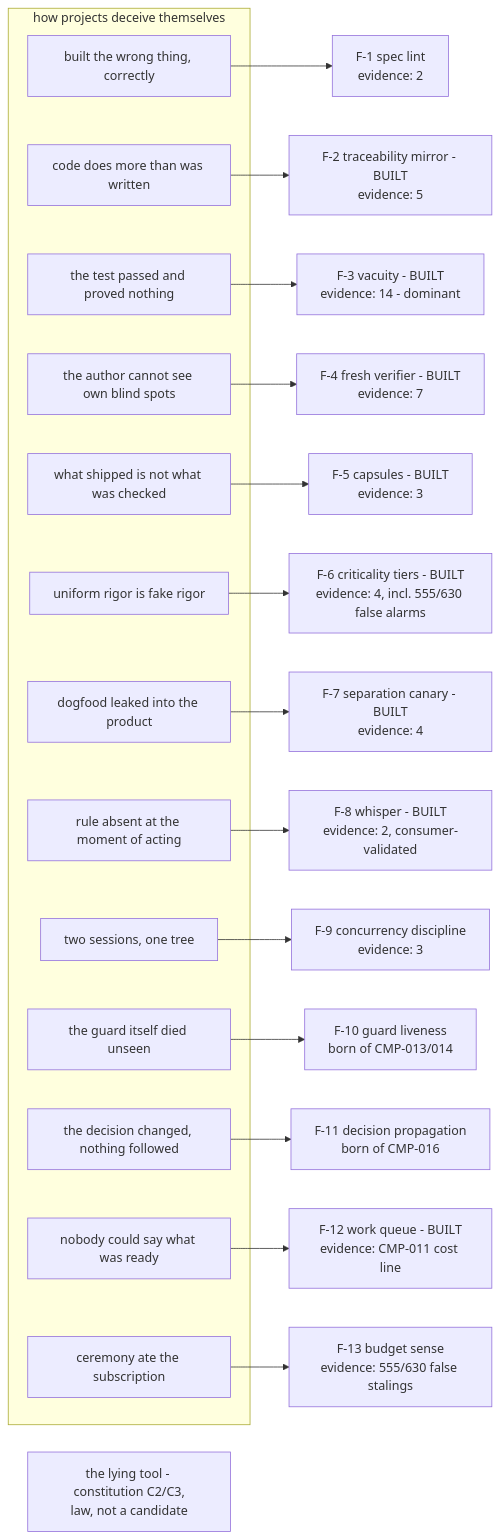
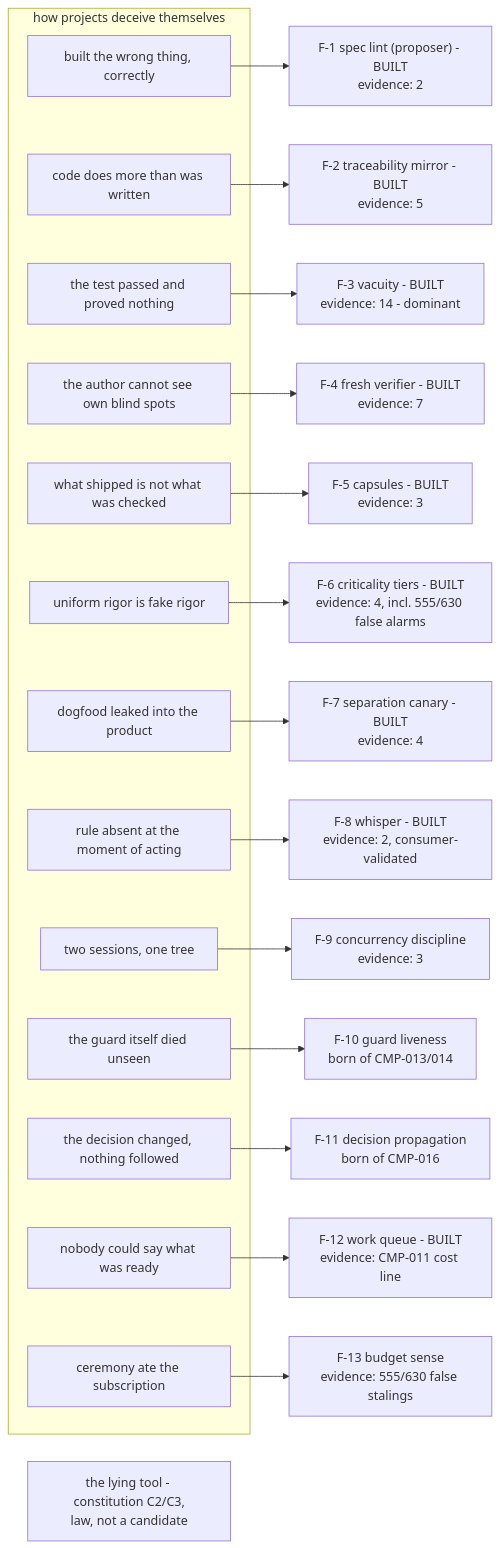
The fifth of 5 diagrams in docs/diagrams.md (m1981/truth-ledger2), drawn with Mermaid before and after one commit. The commit also changed other lines of this file and 4 other files, not shown here.

First line of the commit message:
CMP-020 buys mirror's citation scope; CMP-004 buys lint, the proposer only

````diff
--- a/docs/diagrams.md
+++ b/docs/diagrams.md
@@ -116,32 +116,32 @@
 ```mermaid
 flowchart LR
     subgraph DISTRUSTS["how projects deceive themselves"]
         D1["built the wrong thing, correctly"]
         D2["code does more than was written"]
         D3["the test passed and proved nothing"]
         D4["the author cannot see own blind spots"]
         D5["what shipped is not what was checked"]
         D6["uniform rigor is fake rigor"]
         D7["dogfood leaked into the product"]
         D8["rule absent at the moment of acting"]
         D9["two sessions, one tree"]
         D10["the guard itself died unseen"]
         D11["the decision changed, nothing followed"]
         D12["nobody could say what was ready"]
         D13["ceremony ate the subscription"]
     end
-    D1 --> F1["F-1 spec lint<br/>evidence: 2"]
+    D1 --> F1["F-1 spec lint (proposer) - BUILT<br/>evidence: 2"]
     D2 --> F2["F-2 traceability mirror - BUILT<br/>evidence: 5"]
     D3 --> F3["F-3 vacuity - BUILT<br/>evidence: 14 - dominant"]
     D4 --> F4["F-4 fresh verifier - BUILT<br/>evidence: 7"]
     D5 --> F5["F-5 capsules - BUILT<br/>evidence: 3"]
     D6 --> F6["F-6 criticality tiers - BUILT<br/>evidence: 4, incl. 555/630 false alarms"]
     D7 --> F7["F-7 separation canary - BUILT<br/>evidence: 4"]
     D8 --> F8["F-8 whisper - BUILT<br/>evidence: 2, consumer-validated"]
     D9 --> F9["F-9 concurrency discipline<br/>evidence: 3"]
     D10 --> F10["F-10 guard liveness<br/>born of CMP-013/014"]
     D11 --> F11["F-11 decision propagation<br/>born of CMP-016"]
     D12 --> F12["F-12 work queue - BUILT<br/>evidence: CMP-011 cost line"]
     D13 --> F13["F-13 budget sense<br/>evidence: 555/630 false stalings"]
     LAW2["the lying tool - constitution C2/C3,<br/>law, not a candidate"]
 ```
````
